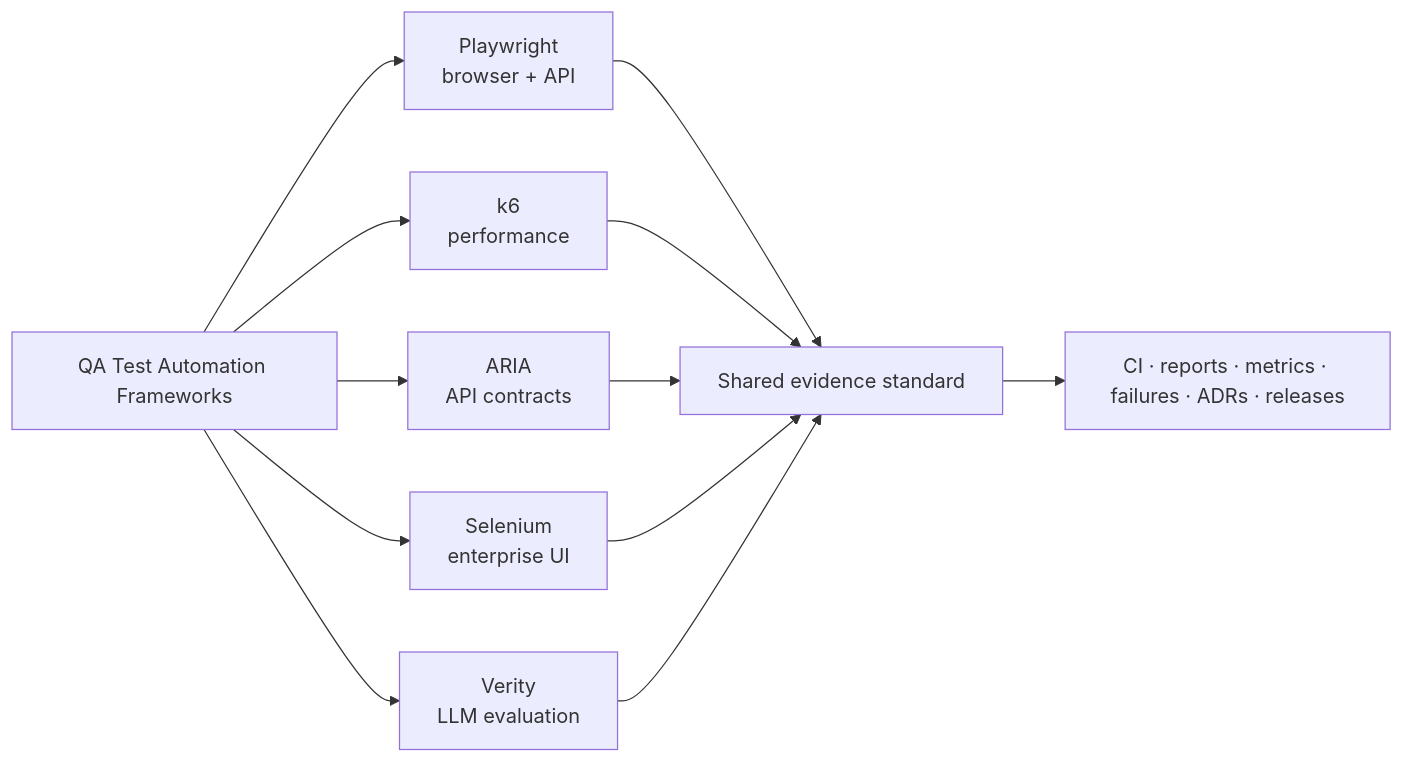
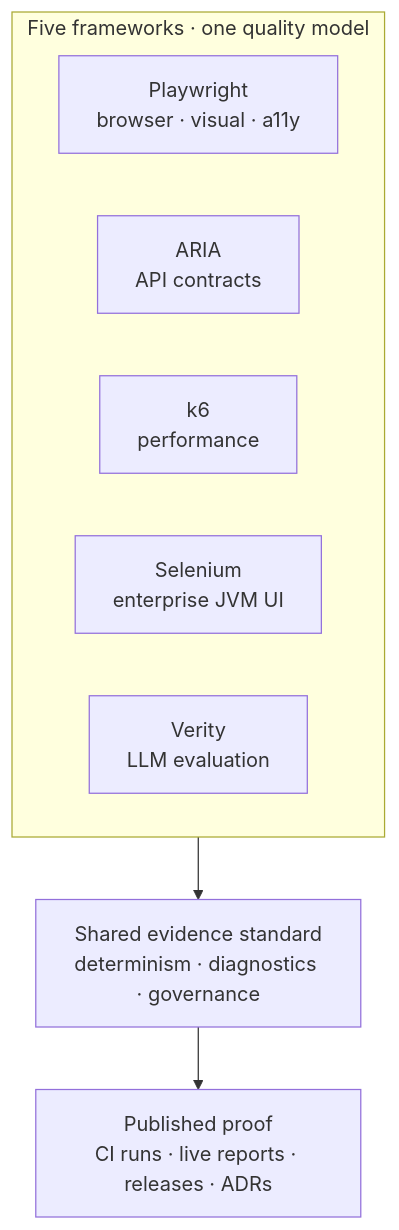
The diagram in profile/README.md (qa-test-automation-frameworks/.github), drawn with Mermaid before and after one commit. The commit also changed other lines of this file and 3 other files, not shown here.

````diff
--- a/profile/README.md
+++ b/profile/README.md
@@ -73,14 +64,13 @@
 ```mermaid
-flowchart LR
-  O["QA Test Automation Frameworks"] --> P["Playwright\nbrowser + API"]
-  O --> K["k6\nperformance"]
-  O --> A["ARIA\nAPI contracts"]
-  O --> S["Selenium\nenterprise UI"]
-  O --> V["Verity\nLLM evaluation"]
-  P --> E["Shared evidence standard"]
-  K --> E
-  A --> E
-  S --> E
-  V --> E
-  E --> C["CI · reports · metrics · failures · ADRs · releases"]
+flowchart TB
+  subgraph Surfaces["Five frameworks · one quality model"]
+    direction LR
+    P["Playwright<br/>browser · visual · a11y"]
+    A["ARIA<br/>API contracts"]
+    K["k6<br/>performance"]
+    S["Selenium<br/>enterprise JVM UI"]
+    V["Verity<br/>LLM evaluation"]
+  end
+  Surfaces --> E["Shared evidence standard<br/>determinism · diagnostics · governance"]
+  E --> C["Published proof<br/>CI runs · live reports · releases · ADRs"]
 ```
````
